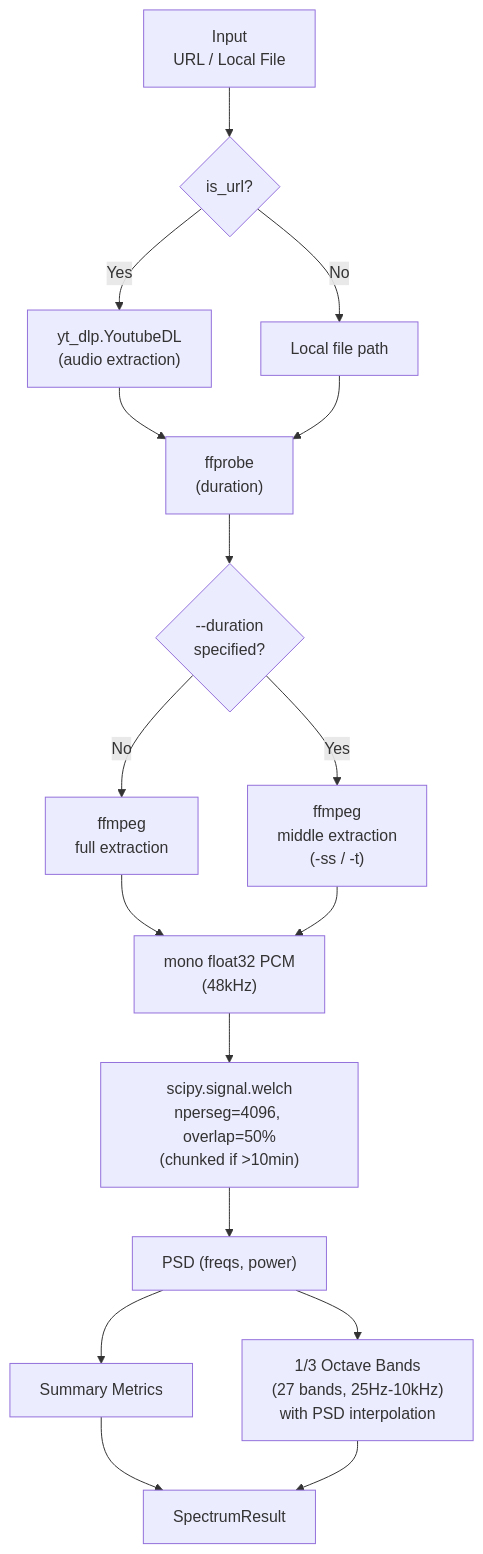
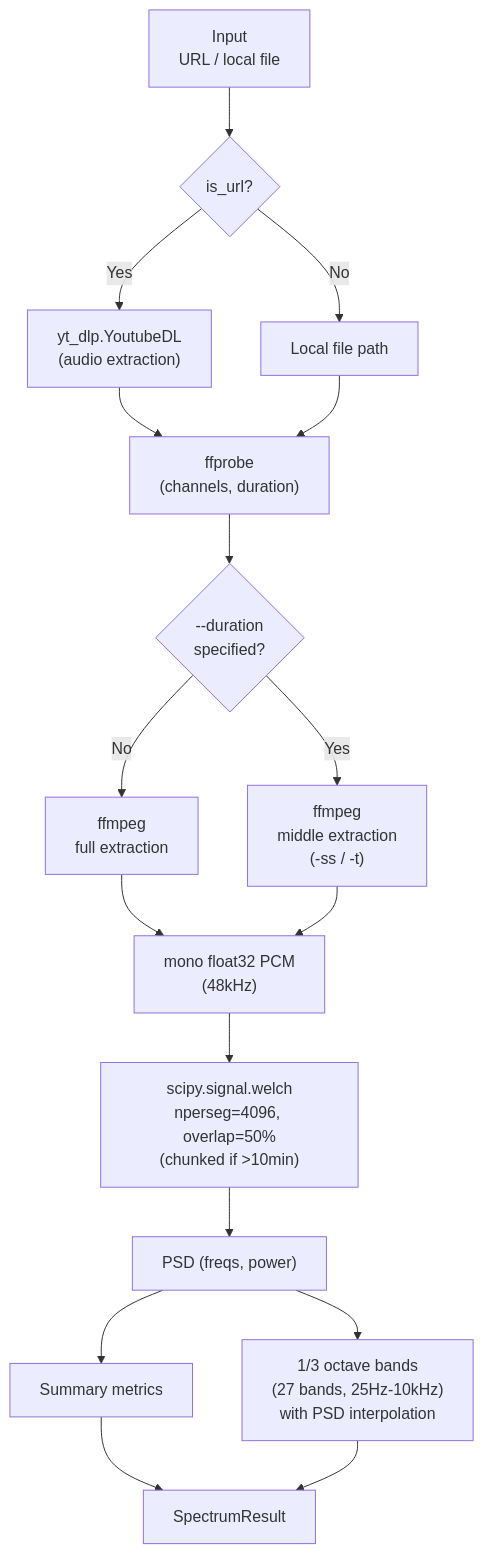
One commit to semnil/analyze-spectrum changed the third of 18 diagrams in docs/architecture.md. Above: the diagram before and after it, drawn with Mermaid. The commit also changed other lines of this file and 7 other files, not shown here.

````diff
--- a/docs/architecture.md
+++ b/docs/architecture.md
@@ -83,34 +90,34 @@
 ```mermaid
 flowchart TD
-    INPUT["Input<br>URL / Local File"]
+    INPUT["Input<br>URL / local file"]
     RESOLVE{"is_url?"}
     YTDLP["yt_dlp.YoutubeDL<br>(audio extraction)"]
     LOCAL["Local file path"]
-    PROBE["ffprobe<br>(duration)"]
+    PROBE["ffprobe<br>(channels, duration)"]
     MIDDLE{"--duration<br>specified?"}
     EXTRACT_FULL["ffmpeg<br>full extraction"]
     EXTRACT_MID["ffmpeg<br>middle extraction<br>(-ss / -t)"]
     PCM["mono float32 PCM<br>(48kHz)"]
     WELCH["scipy.signal.welch<br>nperseg=4096, overlap=50%<br>(chunked if >10min)"]
     PSD["PSD (freqs, power)"]
-    METRICS["Summary Metrics"]
-    BANDS["1/3 Octave Bands<br>(27 bands, 25Hz-10kHz)<br>with PSD interpolation"]
+    METRICS["Summary metrics"]
+    BANDS["1/3 octave bands<br>(27 bands, 25Hz-10kHz)<br>with PSD interpolation"]
     RESULT["SpectrumResult"]
 
     INPUT --> RESOLVE
     RESOLVE -->|Yes| YTDLP
     RESOLVE -->|No| LOCAL
     YTDLP --> PROBE
     LOCAL --> PROBE
     PROBE --> MIDDLE
     MIDDLE -->|No| EXTRACT_FULL
     MIDDLE -->|Yes| EXTRACT_MID
     EXTRACT_FULL --> PCM
     EXTRACT_MID --> PCM
     PCM --> WELCH
     WELCH --> PSD
     PSD --> METRICS
     PSD --> BANDS
     METRICS --> RESULT
     BANDS --> RESULT
 ```
````
